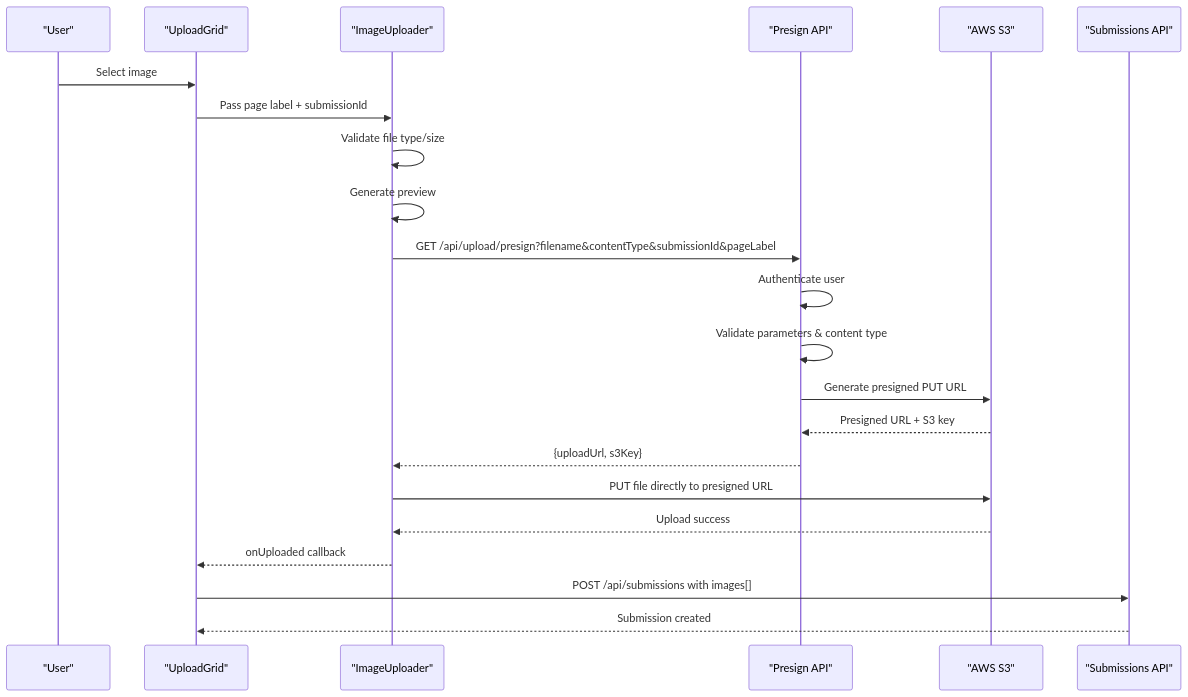
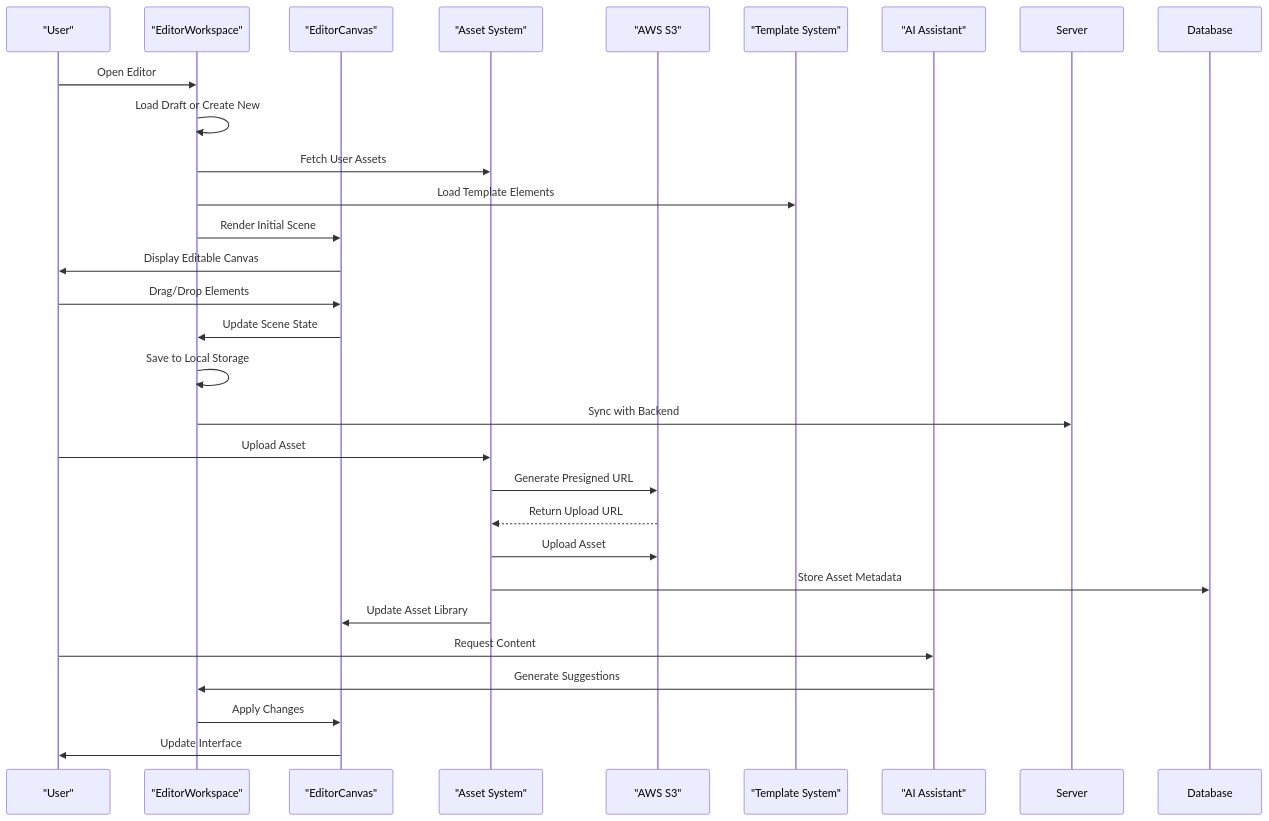
The second of 12 diagrams in .qoder/repowiki/en/content/Image Upload System/Image Upload System.md (Crowdspender/titchybooks-app), drawn with Mermaid before and after one commit. The commit also changed other lines of this file and 62 other files, not shown here.

````diff
--- a/.qoder/repowiki/en/content/Image Upload System/Image Upload System.md
+++ b/.qoder/repowiki/en/content/Image Upload System/Image Upload System.md
@@ -94,24 +167,30 @@
 ```mermaid
 sequenceDiagram
 participant User as "User"
-participant Grid as "UploadGrid"
-participant Uploader as "ImageUploader"
-participant API as "Presign API"
+participant Workspace as "EditorWorkspace"
+participant Canvas as "EditorCanvas"
+participant Assets as "Asset System"
 participant S3 as "AWS S3"
-participant Server as "Submissions API"
-User->>Grid : Select image
-Grid->>Uploader : Pass page label + submissionId
-Uploader->>Uploader : Validate file type/size
-Uploader->>Uploader : Generate preview
-Uploader->>API : GET /api/upload/presign?filename&contentType&submissionId&pageLabel
-API->>API : Authenticate user
-API->>API : Validate parameters & content type
-API->>S3 : Generate presigned PUT URL
-S3-->>API : Presigned URL + S3 key
-API-->>Uploader : {uploadUrl, s3Key}
-Uploader->>S3 : PUT file directly to presigned URL
-S3-->>Uploader : Upload success
-Uploader-->>Grid : onUploaded callback
-Grid->>Server : POST /api/submissions with images[]
-Server-->>Grid : Submission created
+participant Templates as "Template System"
+participant AI as "AI Assistant"
+User->>Workspace : Open Editor
+Workspace->>Workspace : Load Draft or Create New
+Workspace->>Assets : Fetch User Assets
+Workspace->>Templates : Load Template Elements
+Workspace->>Canvas : Render Initial Scene
+Canvas->>User : Display Editable Canvas
+User->>Canvas : Drag/Drop Elements
+Canvas->>Workspace : Update Scene State
+Workspace->>Workspace : Save to Local Storage
+Workspace->>Server : Sync with Backend
+User->>Assets : Upload Asset
+Assets->>S3 : Generate Presigned URL
+S3-->>Assets : Return Upload URL
+Assets->>S3 : Upload Asset
+Assets->>Database : Store Asset Metadata
+Assets->>Canvas : Update Asset Library
+User->>AI : Request Content
+AI->>Workspace : Generate Suggestions
+Workspace->>Canvas : Apply Changes
+Canvas->>User : Update Interface
 ```
````
